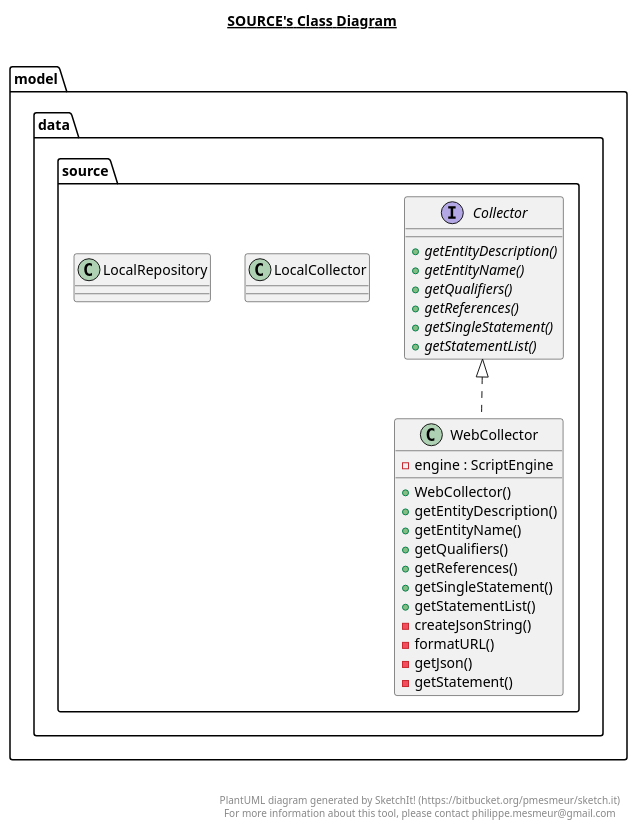
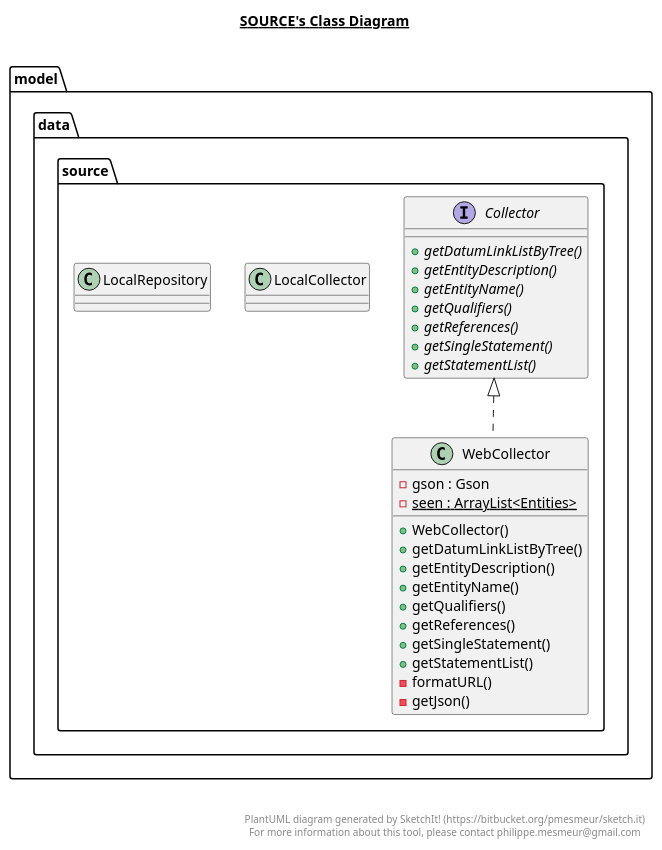
The diagram in src/main/model/data/source/source.plantuml (Bryce-MW/WikidataExplorer), drawn with PlantUML before and after one commit. The commit also changed 6 other files, not shown here.

Commit message:
Updated diagrams

```diff
--- a/src/main/model/data/source/source.plantuml
+++ b/src/main/model/data/source/source.plantuml
@@ -1,65 +1,66 @@
 @startuml
 
 title __SOURCE's Class Diagram__\n
 
   namespace model.data {
     namespace source {
       interface model.data.source.Collector {
+          {abstract} + getDatumLinkListByTree()
           {abstract} + getEntityDescription()
           {abstract} + getEntityName()
           {abstract} + getQualifiers()
           {abstract} + getReferences()
           {abstract} + getSingleStatement()
           {abstract} + getStatementList()
       }
     }
   }
   
 
   namespace model.data {
     namespace source {
       class model.data.source.LocalCollector {
       }
     }
   }
   
 
   namespace model.data {
     namespace source {
       class model.data.source.LocalRepository {
       }
     }
   }
   
 
   namespace model.data {
     namespace source {
       class model.data.source.WebCollector {
-          - engine : ScriptEngine
+          - gson : Gson
+          {static} - seen : ArrayList<Entities>
           + WebCollector()
+          + getDatumLinkListByTree()
           + getEntityDescription()
           + getEntityName()
           + getQualifiers()
           + getReferences()
           + getSingleStatement()
           + getStatementList()
-          - createJsonString()
           - formatURL()
           - getJson()
-          - getStatement()
       }
     }
   }
   
 
   model.data.source.WebCollector .up.|> model.data.source.Collector
 
 
 right footer
 
 
 PlantUML diagram generated by SketchIt! (https://bitbucket.org/pmesmeur/sketch.it)
 For more information about this tool, please contact philippe.mesmeur@gmail.com
 endfooter
 
 @enduml
```
